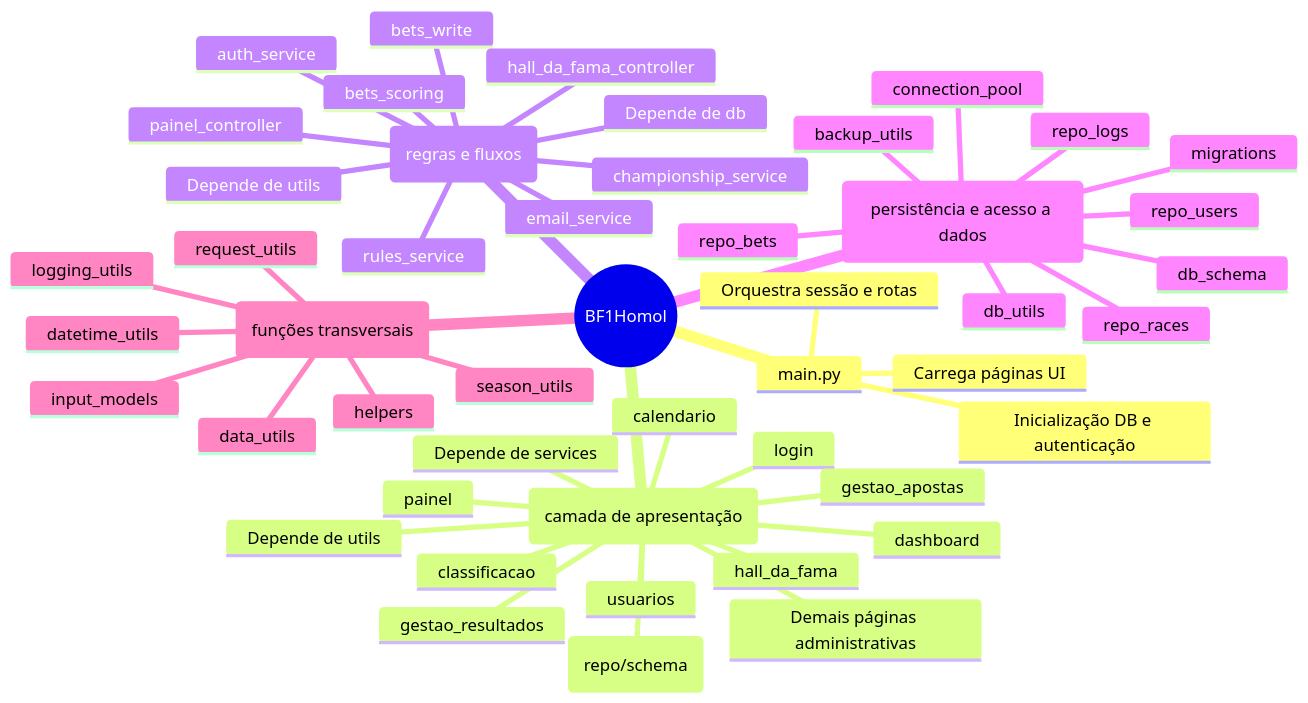
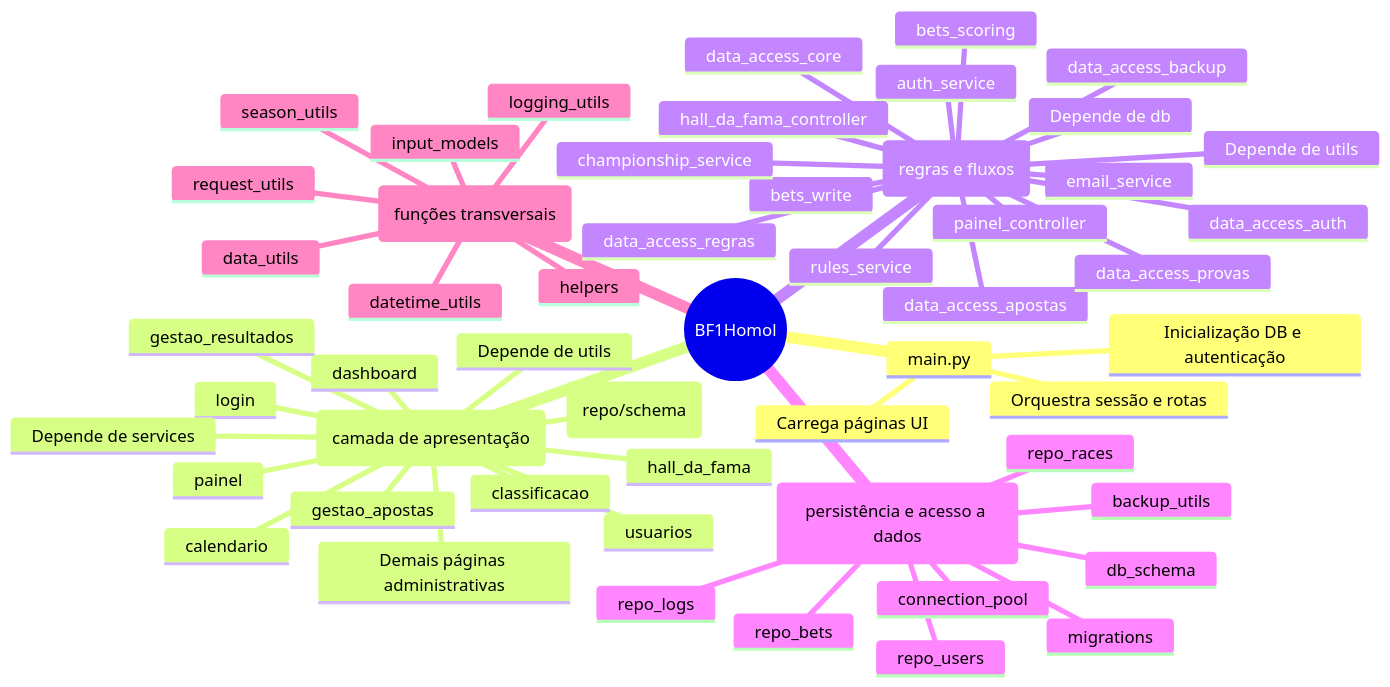
One commit to sansquer77/BF1Homol changed the first of 2 diagrams in docs/MAPA_MENTAL_MODULOS.md. Above: the diagram before and after it, drawn with Mermaid. The commit also changed other lines of this file and 40 other files, not shown here.

````diff
--- a/docs/MAPA_MENTAL_MODULOS.md
+++ b/docs/MAPA_MENTAL_MODULOS.md
@@ -7,51 +7,56 @@
 ```mermaid
 mindmap
   root((BF1Homol))
     main.py
       Orquestra sessão e rotas
       Carrega páginas UI
       Inicialização DB e autenticação
     ui (camada de apresentação)
       login
       painel
       calendario
       classificacao
       dashboard
       gestao_apostas
       gestao_resultados
       usuarios
       hall_da_fama
       Demais páginas administrativas
       Depende de services
       Depende de db (repo/schema)
       Depende de utils
     services (regras e fluxos)
       auth_service
+      data_access_core
+      data_access_auth
+      data_access_apostas
+      data_access_provas
+      data_access_regras
+      data_access_backup
       bets_write
       bets_scoring
       championship_service
       rules_service
       email_service
       painel_controller
       hall_da_fama_controller
       Depende de db
       Depende de utils
     db (persistência e acesso a dados)
       db_schema
-      db_utils
       repo_users
       repo_races
       repo_bets
       repo_logs
       migrations
       backup_utils
       connection_pool
     utils (funções transversais)
       helpers
       datetime_utils
       input_models
       logging_utils
       request_utils
       season_utils
       data_utils
 ```
````
